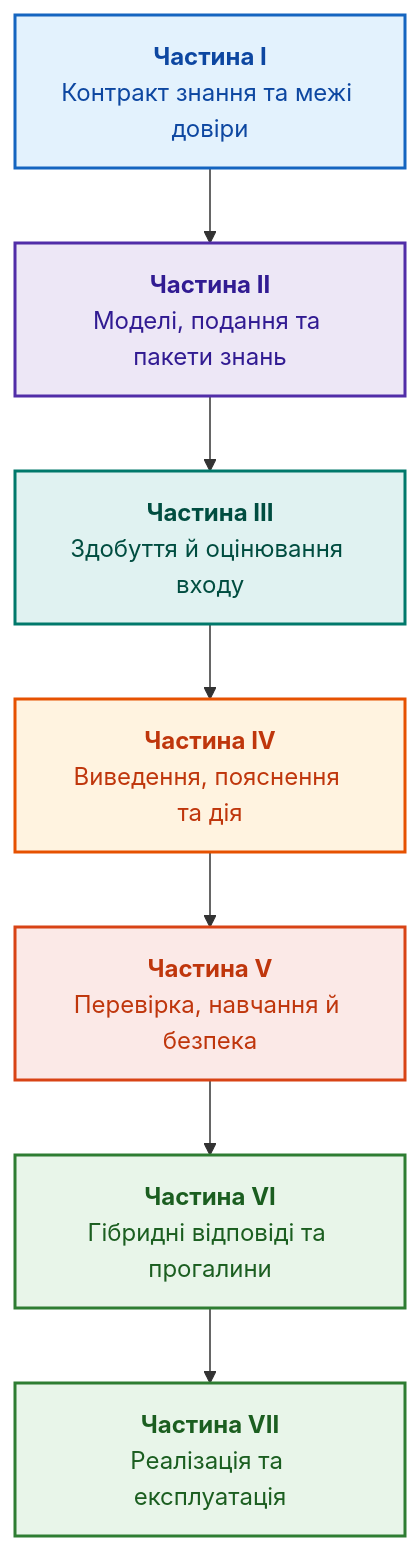
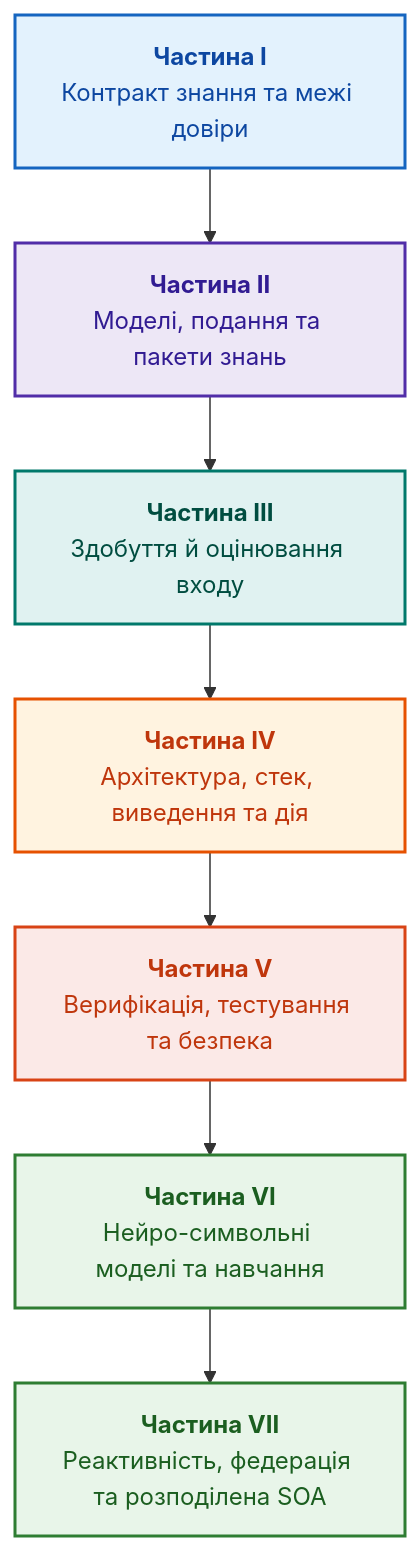
The diagram in ExpertSystem/README.md (nick-fedchik/articles), drawn with Mermaid before and after one commit. The commit also changed other lines of this file and 2 other files, not shown here.

Commit message:
docs(overview): update monograph structure overview and forward part references

````diff
--- a/ExpertSystem/README.md
+++ b/ExpertSystem/README.md
@@ -142,26 +142,26 @@
 ```mermaid
 flowchart TD
     accTitle: Структура книги та взаємозв'язок частин
-   accDescr: Сім тематичних частин: контракт знання, подання, здобуття, рішення, перевірка, гібридні відповіді та експлуатація.
+    accDescr: Сім тематичних частин: контракт знання, подання, здобуття, архітектура та дія, верифікація та безпека, нейро-символіка та навчання, реактивність та розподілена SOA.
 
-   P1["<b>Частина I</b><br/>Контракт знання та межі довіри"] --> P2["<b>Частина II</b><br/>Моделі, подання та пакети знань"]
-   P2 --> P3["<b>Частина III</b><br/>Здобуття й оцінювання входу"]
-   P3 --> P4["<b>Частина IV</b><br/>Виведення, пояснення та дія"]
-   P4 --> P5["<b>Частина V</b><br/>Перевірка, навчання й безпека"]
-   P5 --> P6["<b>Частина VI</b><br/>Гібридні відповіді та прогалини"]
-   P6 --> P7["<b>Частина VII</b><br/>Реалізація та експлуатація"]
+    P1["<b>Частина I</b><br/>Контракт знання та межі довіри"] --> P2["<b>Частина II</b><br/>Моделі, подання та пакети знань"]
+    P2 --> P3["<b>Частина III</b><br/>Здобуття й оцінювання входу"]
+    P3 --> P4["<b>Частина IV</b><br/>Архітектура, стек, виведення та дія"]
+    P4 --> P5["<b>Частина V</b><br/>Верифікація, тестування та безпека"]
+    P5 --> P6["<b>Частина VI</b><br/>Нейро-символьні моделі та навчання"]
+    P6 --> P7["<b>Частина VII</b><br/>Реактивність, федерація та розподілена SOA"]
 
     classDef p1 fill:#e3f2fd,stroke:#1565c0,stroke-width:2px,color:#0d47a1;
     classDef p2 fill:#ede7f6,stroke:#512da8,stroke-width:2px,color:#311b92;
     classDef p3 fill:#e0f2f1,stroke:#00796b,stroke-width:2px,color:#004d40;
     classDef p4 fill:#fff3e0,stroke:#e65100,stroke-width:2px,color:#bf360c;
     classDef p5 fill:#fbe9e7,stroke:#d84315,stroke-width:2px,color:#bf360c;
     classDef p6 fill:#e8f5e9,stroke:#2e7d32,stroke-width:2px,color:#1b5e20;
 
     class P1 p1;
     class P2 p2;
     class P3 p3;
     class P4 p4;
     class P5 p5;
-   class P6,P7 p6;
+    class P6,P7 p6;
 ```
````
